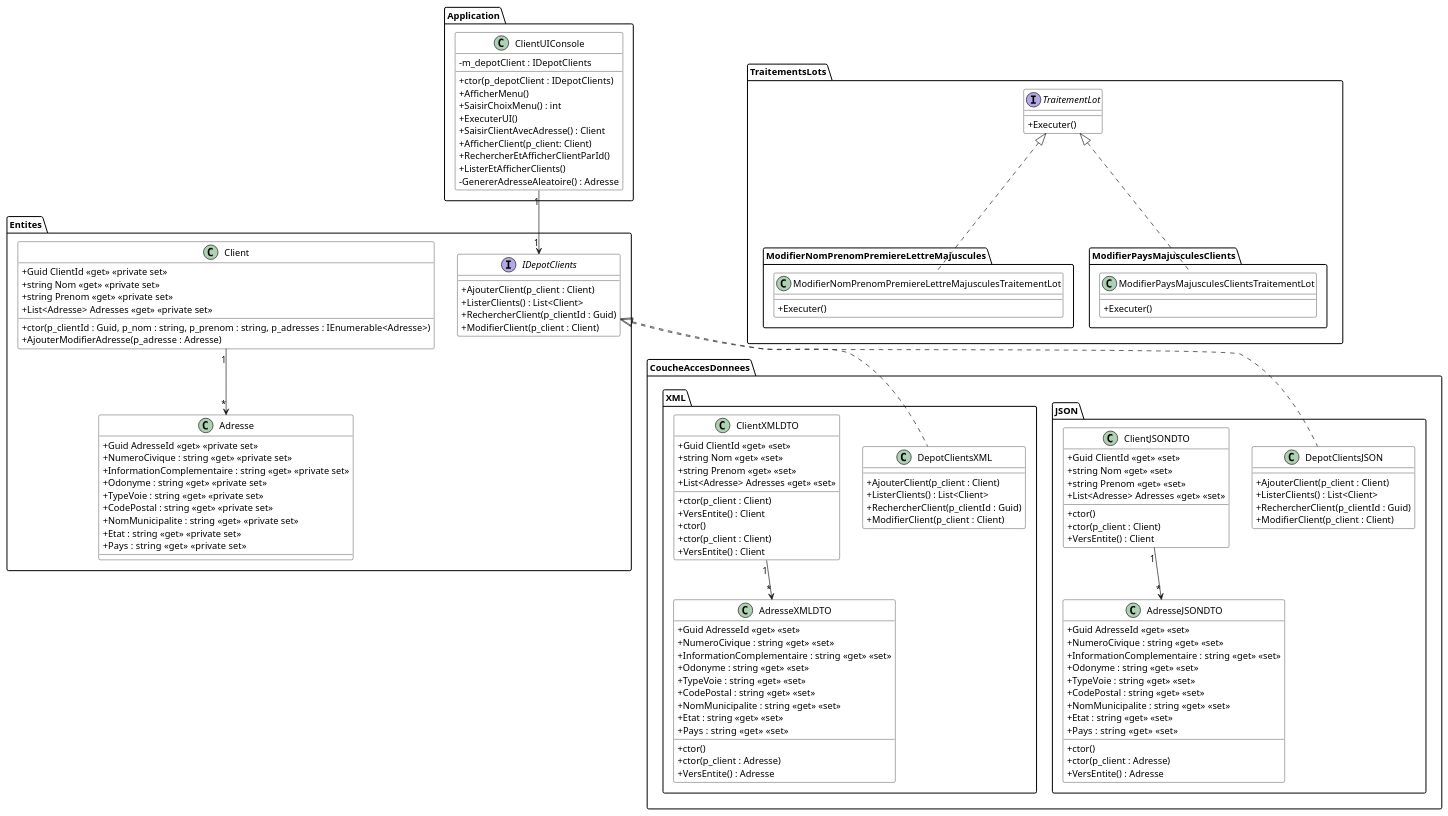
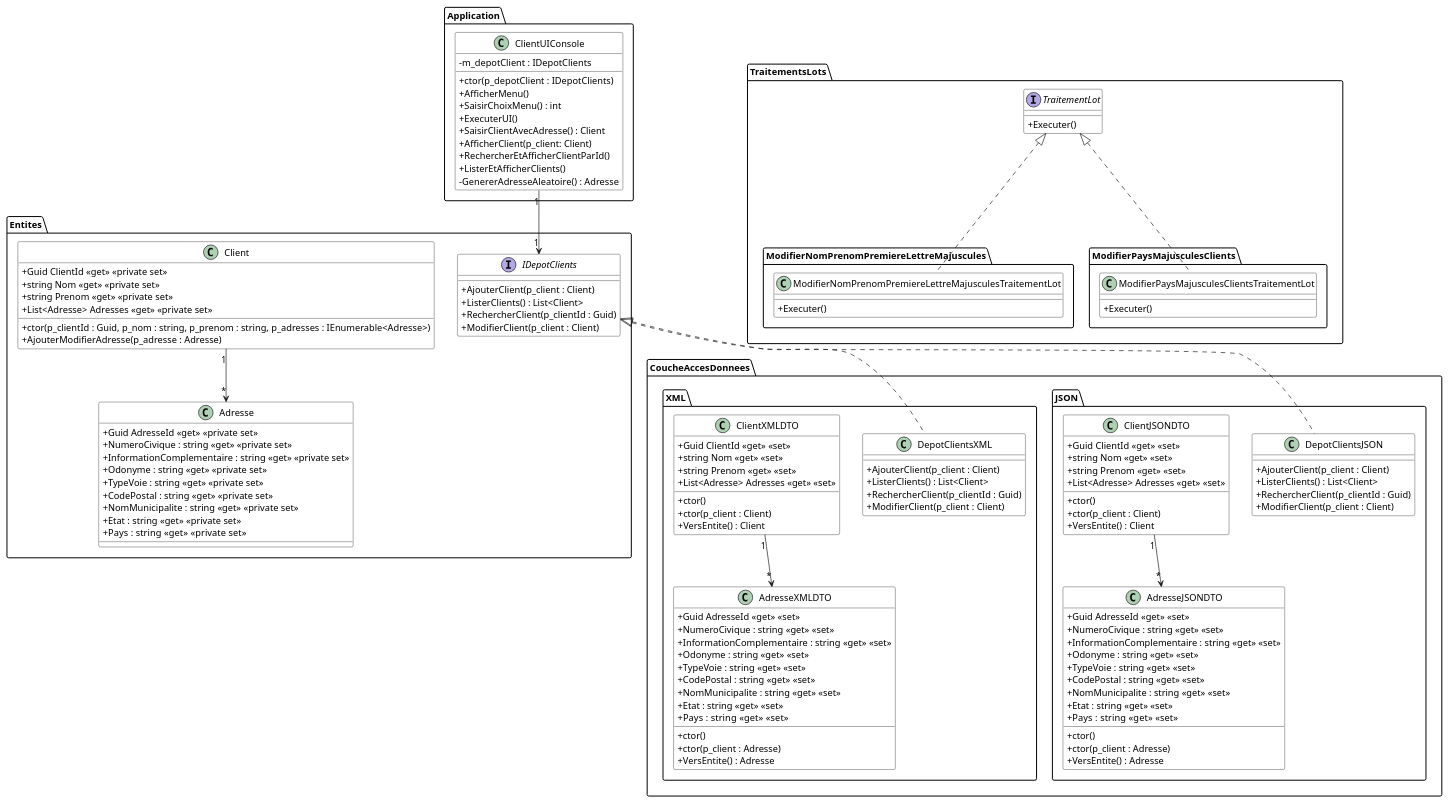
One commit to PiFou86/420-W30-SF changed the diagram in Module06_Formats_Echanges/diag/src/DiagExerciceClients.wsd. Above: the diagram before and after it, drawn with PlantUML. The commit also changed 1 other file, not shown here.

```diff
--- a/Module06_Formats_Echanges/diag/src/DiagExerciceClients.wsd
+++ b/Module06_Formats_Echanges/diag/src/DiagExerciceClients.wsd
@@ -1,165 +1,163 @@
 @startuml DiagClassesClients
 
 skinparam classAttributeIconSize 0
 skinparam class {
     BackgroundColor White
     BorderColor #000
 }
 
 
 package Entites {
     Client "1" --> "*" Adresse
 
     class Client {
         + ctor(p_clientId : Guid, p_nom : string, p_prenom : string, p_adresses : IEnumerable<Adresse>)
         + Guid ClientId <<get>> <<private set>>
         + string Nom <<get>> <<private set>>
         + string Prenom <<get>> <<private set>>
         + List<Adresse> Adresses <<get>> <<private set>>
         + AjouterModifierAdresse(p_adresse : Adresse)
     }
 
     class Adresse {
         + Guid AdresseId <<get>> <<private set>>
         + NumeroCivique : string <<get>> <<private set>>
         + InformationComplementaire : string <<get>> <<private set>>
         + Odonyme : string <<get>> <<private set>>
         + TypeVoie : string <<get>> <<private set>>
         + CodePostal : string <<get>> <<private set>>
         + NomMunicipalite : string <<get>> <<private set>>
         + Etat : string <<get>> <<private set>>
         + Pays : string  <<get>> <<private set>>
     }
 
     interface IDepotClients {
         + AjouterClient(p_client : Client)
         + ListerClients() : List<Client>
         + RechercherClient(p_clientId : Guid)
         + ModifierClient(p_client : Client)
     }
 }
 
 package CoucheAccesDonnees.JSON {
     IDepotClients <|.. DepotClientsJSON
     ClientJSONDTO "1" --> "*" AdresseJSONDTO
 
     class ClientJSONDTO {
         + Guid ClientId <<get>> <<set>>
         + string Nom <<get>> <<set>>
         + string Prenom <<get>> <<set>>
         + List<Adresse> Adresses <<get>> <<set>>
         + ctor()
         + ctor(p_client : Client)
         + VersEntite() : Client
     }
 
     class AdresseJSONDTO {
         + Guid AdresseId <<get>> <<set>>
         + NumeroCivique : string <<get>> <<set>>
         + InformationComplementaire : string <<get>> <<set>>
         + Odonyme : string <<get>> <<set>>
         + TypeVoie : string <<get>> <<set>>
         + CodePostal : string <<get>> <<set>>
         + NomMunicipalite : string <<get>> <<set>>
         + Etat : string <<get>> <<set>>
         + Pays : string  <<get>> <<set>>
         + ctor()
         + ctor(p_client : Adresse)
         + VersEntite() : Adresse
     }
 
     class DepotClientsJSON {
         + AjouterClient(p_client : Client)
         + ListerClients() : List<Client>
         + RechercherClient(p_clientId : Guid)
         + ModifierClient(p_client : Client)
     }
 }
 
 package CoucheAccesDonnees.XML {
     IDepotClients <|.. DepotClientsXML
     ClientXMLDTO "1" --> "*" AdresseXMLDTO
 
     class ClientXMLDTO {
         + Guid ClientId <<get>> <<set>>
         + string Nom <<get>> <<set>>
         + string Prenom <<get>> <<set>>
         + List<Adresse> Adresses <<get>> <<set>>
-        + ctor(p_client : Client)
-        + VersEntite() : Client
         + ctor()
         + ctor(p_client : Client)
         + VersEntite() : Client
     }
 
     class DepotClientsXML {
         + AjouterClient(p_client : Client)
         + ListerClients() : List<Client>
         + RechercherClient(p_clientId : Guid)
         + ModifierClient(p_client : Client)
     }
 
     class AdresseXMLDTO {
         + Guid AdresseId <<get>> <<set>>
         + NumeroCivique : string <<get>> <<set>>
         + InformationComplementaire : string <<get>> <<set>>
         + Odonyme : string <<get>> <<set>>
         + TypeVoie : string <<get>> <<set>>
         + CodePostal : string <<get>> <<set>>
         + NomMunicipalite : string <<get>> <<set>>
         + Etat : string <<get>> <<set>>
         + Pays : string  <<get>> <<set>>
         + ctor()
         + ctor(p_client : Adresse)
         + VersEntite() : Adresse
     }
 }
 
 package Application {
     ClientUIConsole "1" --> "1" IDepotClients
 
     class ClientUIConsole {
         - m_depotClient : IDepotClients
         + ctor(p_depotClient : IDepotClients)
         + AfficherMenu()
         + SaisirChoixMenu() : int
         + ExecuterUI()
         + SaisirClientAvecAdresse() : Client
         + AfficherClient(p_client: Client)
         + RechercherEtAfficherClientParId()
         + ListerEtAfficherClients()
         - GenererAdresseAleatoire() : Adresse
     }
 }
 
 package TraitementsLots {
     interface TraitementLot {
         + Executer()
     }
 }
 
 package TraitementsLots.ModifierNomPrenomPremiereLettreMajuscules {
     TraitementLot <|.. ModifierNomPrenomPremiereLettreMajusculesTraitementLot
 
     class ModifierNomPrenomPremiereLettreMajusculesTraitementLot {
         + Executer()
     }
 }
 
 package TraitementsLots.ModifierPaysMajusculesClients {
     TraitementLot <|.. ModifierPaysMajusculesClientsTraitementLot
 
     class ModifierPaysMajusculesClientsTraitementLot {
         + Executer()
     }
 }
 
 ' TraitementsLots <.. TraitementsLots.ModifierNomPrenomPremiereLettreMajuscules
 ' TraitementsLots <.. TraitementsLots.ModifierPaysMajusculesClients
 
 ' Entites <.. CoucheAccesDonnees.JSON
 ' Entites <.. CoucheAccesDonnees.XML
 ' Entites <.. Application
 ' Entites <.. TraitementsLots
 
 @enduml
```
